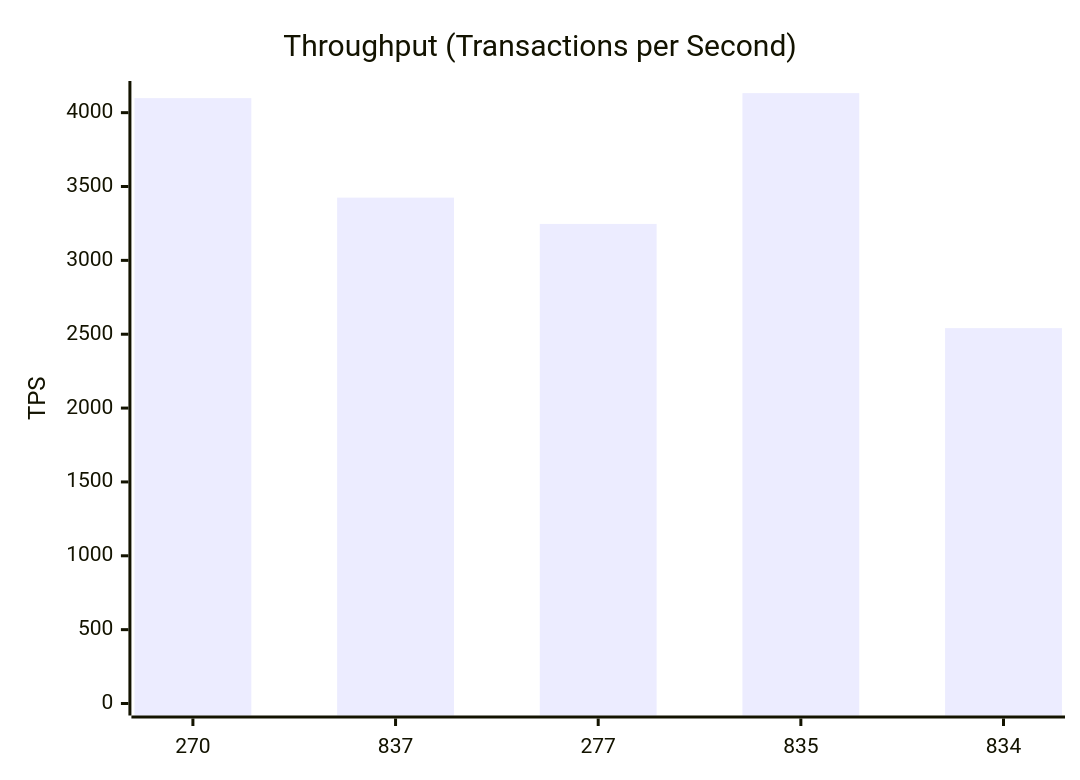
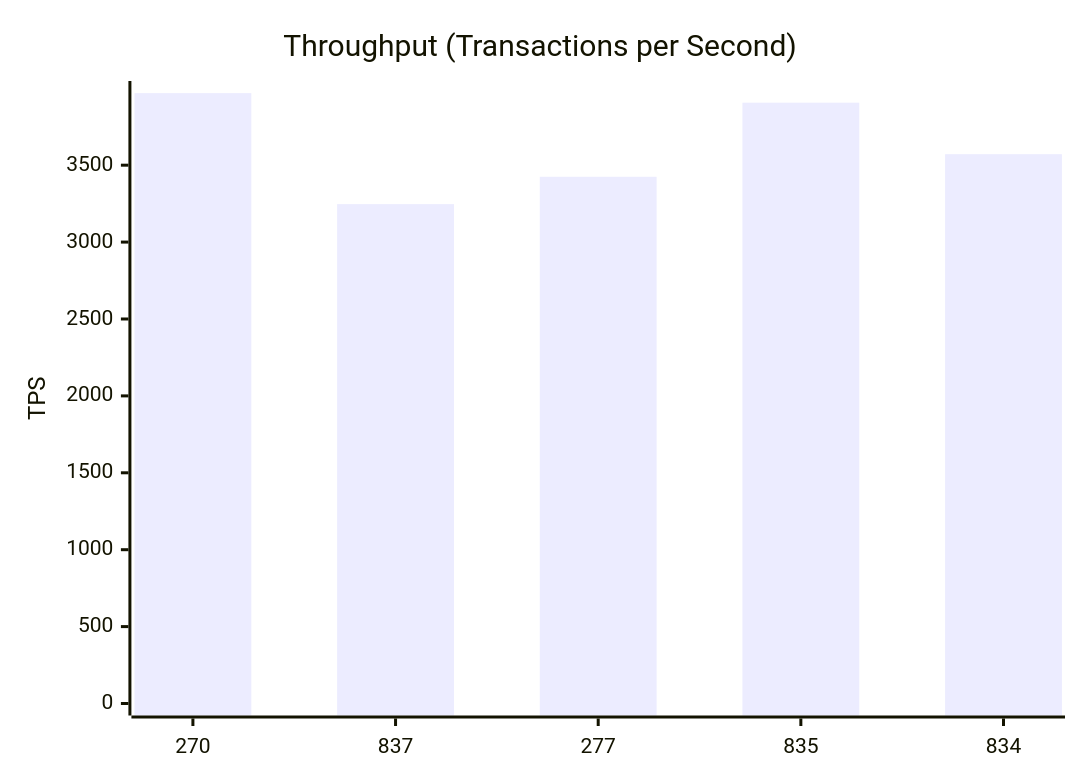
Before and after one commit to dhagan-va/intern-2025: the second of 10 diagrams in test-tools/DataGen/src/Statistics_Visualizer.md, drawn with Mermaid. The commit also changed other lines of this file and 2 other files, not shown here.

````diff
--- a/test-tools/DataGen/src/Statistics_Visualizer.md
+++ b/test-tools/DataGen/src/Statistics_Visualizer.md
@@ -30,7 +30,7 @@
 ```mermaid
 xychart-beta
     title "Throughput (Transactions per Second)"
     x-axis ["270", "837", "277", "835", "834"]
-    y-axis "TPS" 0 --> 4133.094806783247
-    bar [4098.360655737705, 3424.657534246576, 3246.753246753247, 4132.094806783247, 2541.3089774280934]
+    y-axis "TPS" 0 --> 3969.3169574120225
+    bar [3968.3169574120225, 3246.753246753247, 3424.657534246576, 3906.2805178165454, 3571.428571428571]
 ```
````
